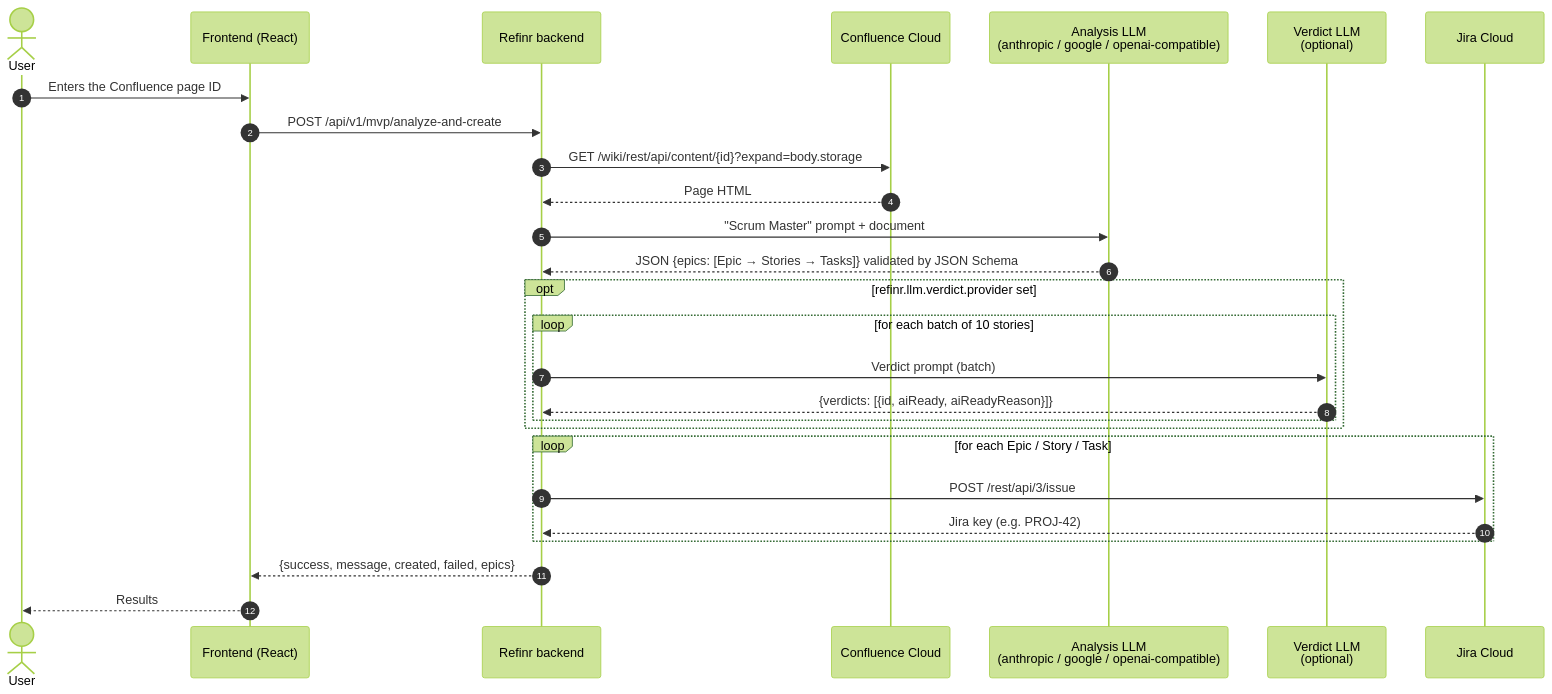
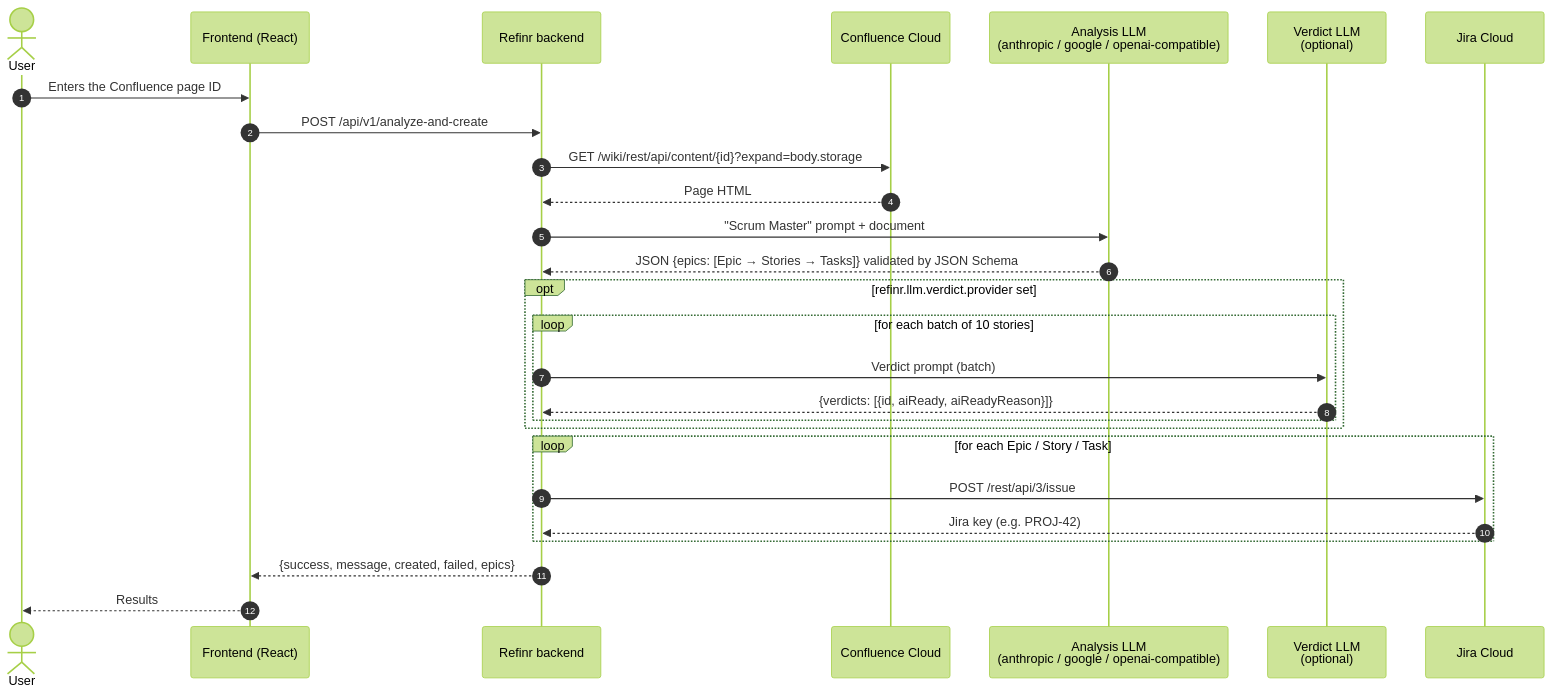
The first of 2 diagrams in README.md (chams-bensalem/refinr), drawn with Mermaid (forest theme) before and after one commit. The commit also changed other lines of this file and 9 other files, not shown here.

````diff
--- a/README.md
+++ b/README.md
@@ -126,30 +126,30 @@
 ```mermaid
 sequenceDiagram
     autonumber
     actor U as User
     participant F as Frontend (React)
     participant B as Refinr backend
     participant C as Confluence Cloud
     participant A as Analysis LLM<br/>(anthropic / google / openai-compatible)
     participant V as Verdict LLM<br/>(optional)
     participant J as Jira Cloud
 
     U->>F: Enters the Confluence page ID
-    F->>B: POST /api/v1/mvp/analyze-and-create
+    F->>B: POST /api/v1/analyze-and-create
     B->>C: GET /wiki/rest/api/content/{id}?expand=body.storage
     C-->>B: Page HTML
     B->>A: "Scrum Master" prompt + document
     A-->>B: JSON {epics: [Epic → Stories → Tasks]} validated by JSON Schema
     opt refinr.llm.verdict.provider set
         loop for each batch of 10 stories
             B->>V: Verdict prompt (batch)
             V-->>B: {verdicts: [{id, aiReady, aiReadyReason}]}
         end
     end
     loop for each Epic / Story / Task
         B->>J: POST /rest/api/3/issue
         J-->>B: Jira key (e.g. PROJ-42)
     end
     B-->>F: {success, message, created, failed, epics}
     F-->>U: Results
 ```
````
